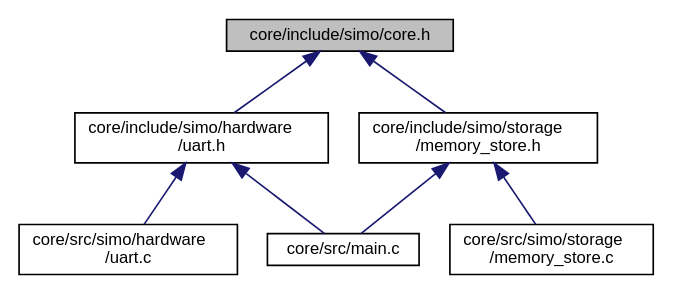
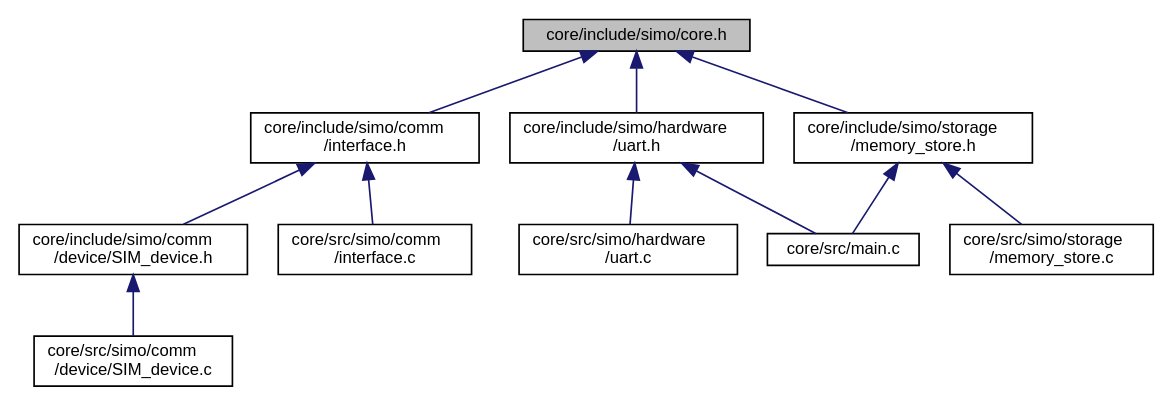
Before and after one commit to Germanvelardez2018/simo.v2: the diagram in docs/core_8h__dep__incl.dot, drawn with Graphviz. The commit also changed 175 other files, not shown here.

Commit message:
se agrego SIM_device_t e interface_t

```diff
--- a/docs/core_8h__dep__incl.dot
+++ b/docs/core_8h__dep__incl.dot
@@ -1,18 +1,26 @@
 digraph "core/include/simo/core.h"
 {
  // LATEX_PDF_SIZE
   edge [fontname="Helvetica",fontsize="10",labelfontname="Helvetica",labelfontsize="10"];
   node [fontname="Helvetica",fontsize="10",shape=record];
   Node1 [label="core/include/simo/core.h",height=0.2,width=0.4,color="black", fillcolor="grey75", style="filled", fontcolor="black",tooltip="Core de la aplicacion. En este archivo van elementos indispensables para la aplicacion...."];
   Node1 -> Node2 [dir="back",color="midnightblue",fontsize="10",style="solid",fontname="Helvetica"];
-  Node2 [label="core/include/simo/hardware\l/uart.h",height=0.2,width=0.4,color="black", fillcolor="white", style="filled",URL="$uart_8h.html",tooltip="Header de capa para manejor del hardware UART (NIVEL 0)"];
+  Node2 [label="core/include/simo/comm\l/interface.h",height=0.2,width=0.4,color="black", fillcolor="white", style="filled",URL="$interface_8h.html",tooltip="Interfaz para manejar separar el hardware del los objetos comm."];
   Node2 -> Node3 [dir="back",color="midnightblue",fontsize="10",style="solid",fontname="Helvetica"];
-  Node3 [label="core/src/main.c",height=0.2,width=0.4,color="black", fillcolor="white", style="filled",URL="$main_8c.html",tooltip="Aplicacion SIMO v2."];
-  Node2 -> Node4 [dir="back",color="midnightblue",fontsize="10",style="solid",fontname="Helvetica"];
-  Node4 [label="core/src/simo/hardware\l/uart.c",height=0.2,width=0.4,color="black", fillcolor="white", style="filled",URL="$uart_8c.html",tooltip="Implementacion de capa para manejor del hardware UART (NIVEL 0)"];
-  Node1 -> Node5 [dir="back",color="midnightblue",fontsize="10",style="solid",fontname="Helvetica"];
-  Node5 [label="core/include/simo/storage\l/memory_store.h",height=0.2,width=0.4,color="black", fillcolor="white", style="filled",URL="$memory__store_8h.html",tooltip="Driver para memory."];
-  Node5 -> Node3 [dir="back",color="midnightblue",fontsize="10",style="solid",fontname="Helvetica"];
-  Node5 -> Node6 [dir="back",color="midnightblue",fontsize="10",style="solid",fontname="Helvetica"];
-  Node6 [label="core/src/simo/storage\l/memory_store.c",height=0.2,width=0.4,color="black", fillcolor="white", style="filled",URL="$memory__store_8c.html",tooltip="Implementacion de driver para el manejor del almacenamiento externo (NIVEL 1).Depende de SIMO SPI."];
+  Node3 [label="core/include/simo/comm\l/device/SIM_device.h",height=0.2,width=0.4,color="black", fillcolor="white", style="filled",URL="$_s_i_m__device_8h.html",tooltip="Driver para el manejo de modulos SIM7000G(NIVEL 1). Depende de SIMO UART."];
+  Node3 -> Node4 [dir="back",color="midnightblue",fontsize="10",style="solid",fontname="Helvetica"];
+  Node4 [label="core/src/simo/comm\l/device/SIM_device.c",height=0.2,width=0.4,color="black", fillcolor="white", style="filled",URL="$_s_i_m__device_8c.html",tooltip=" "];
+  Node2 -> Node5 [dir="back",color="midnightblue",fontsize="10",style="solid",fontname="Helvetica"];
+  Node5 [label="core/src/simo/comm\l/interface.c",height=0.2,width=0.4,color="black", fillcolor="white", style="filled",URL="$interface_8c.html",tooltip="Implementacion del interfacez para abstraer hardware. Dependen del algun driver de hardware de CAPA 0..."];
+  Node1 -> Node6 [dir="back",color="midnightblue",fontsize="10",style="solid",fontname="Helvetica"];
+  Node6 [label="core/include/simo/hardware\l/uart.h",height=0.2,width=0.4,color="black", fillcolor="white", style="filled",URL="$uart_8h.html",tooltip="Header de capa para manejor del hardware UART (NIVEL 0)"];
+  Node6 -> Node7 [dir="back",color="midnightblue",fontsize="10",style="solid",fontname="Helvetica"];
+  Node7 [label="core/src/main.c",height=0.2,width=0.4,color="black", fillcolor="white", style="filled",URL="$main_8c.html",tooltip="Aplicacion SIMO v2."];
+  Node6 -> Node8 [dir="back",color="midnightblue",fontsize="10",style="solid",fontname="Helvetica"];
+  Node8 [label="core/src/simo/hardware\l/uart.c",height=0.2,width=0.4,color="black", fillcolor="white", style="filled",URL="$uart_8c.html",tooltip="Implementacion de capa para manejor del hardware UART (NIVEL 0)"];
+  Node1 -> Node9 [dir="back",color="midnightblue",fontsize="10",style="solid",fontname="Helvetica"];
+  Node9 [label="core/include/simo/storage\l/memory_store.h",height=0.2,width=0.4,color="black", fillcolor="white", style="filled",URL="$memory__store_8h.html",tooltip="Driver para memory."];
+  Node9 -> Node7 [dir="back",color="midnightblue",fontsize="10",style="solid",fontname="Helvetica"];
+  Node9 -> Node10 [dir="back",color="midnightblue",fontsize="10",style="solid",fontname="Helvetica"];
+  Node10 [label="core/src/simo/storage\l/memory_store.c",height=0.2,width=0.4,color="black", fillcolor="white", style="filled",URL="$memory__store_8c.html",tooltip="Implementacion de driver para el manejor del almacenamiento externo (NIVEL 1).Depende de SIMO SPI."];
 }
```
